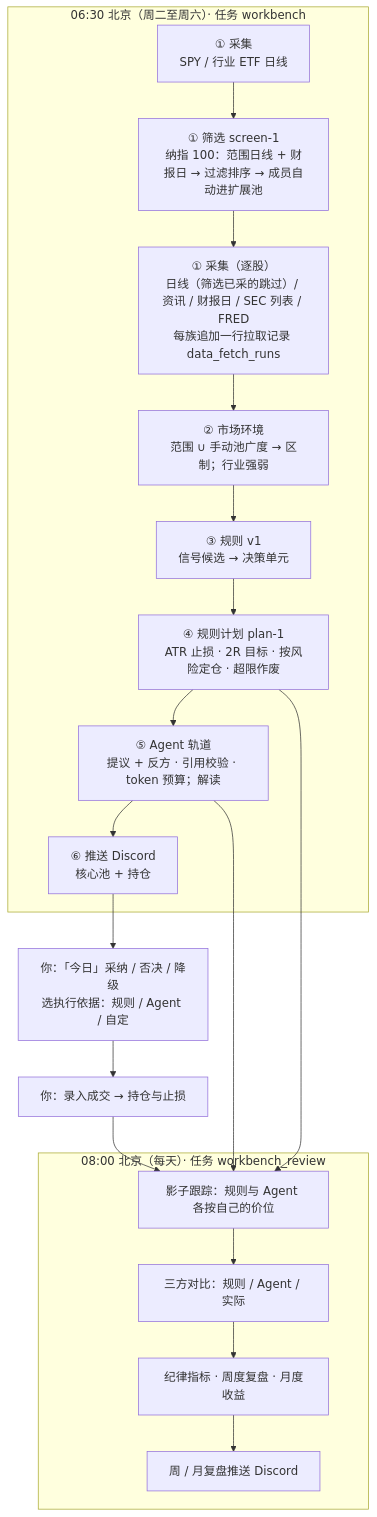
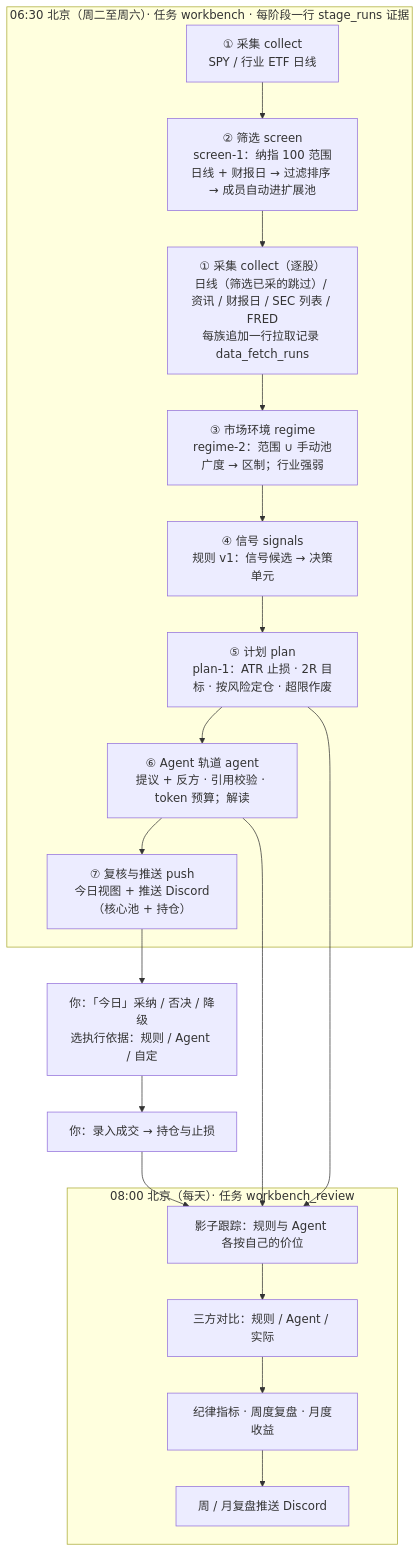
The diagram in docs/architecture.md (jianjustin/investment-assistant), drawn with Mermaid before and after one commit. The commit also changed other lines of this file and 4 other files, not shown here.

````diff
--- a/docs/architecture.md
+++ b/docs/architecture.md
@@ -92,22 +92,22 @@
 ```mermaid
 flowchart TD
-    subgraph batch["06:30 北京（周二至周六）· 任务 workbench"]
-        A["① 采集<br/>SPY / 行业 ETF 日线"] --> A2["① 筛选 screen-1<br/>纳指 100：范围日线 + 财报日 → 过滤排序 → 成员自动进扩展池"]
-        A2 --> B["① 采集（逐股）<br/>日线（筛选已采的跳过）/ 资讯 / 财报日 / SEC 列表 / FRED<br/>每族追加一行拉取记录 data_fetch_runs"]
-        B --> B2["② 市场环境<br/>范围 ∪ 手动池广度 → 区制；行业强弱"]
-        B2 --> C["③ 规则 v1<br/>信号候选 → 决策单元"]
-        C --> D["④ 规则计划 plan-1<br/>ATR 止损 · 2R 目标 · 按风险定仓 · 超限作废"]
-        D --> E["⑤ Agent 轨道<br/>提议 + 反方 · 引用校验 · token 预算；解读"]
-        E --> F["⑥ 推送 Discord<br/>核心池 + 持仓"]
+    subgraph batch["06:30 北京（周二至周六）· 任务 workbench · 每阶段一行 stage_runs 证据"]
+        A["① 采集 collect<br/>SPY / 行业 ETF 日线"] --> A2["② 筛选 screen<br/>screen-1：纳指 100 范围日线 + 财报日 → 过滤排序 → 成员自动进扩展池"]
+        A2 --> B["① 采集 collect（逐股）<br/>日线（筛选已采的跳过）/ 资讯 / 财报日 / SEC 列表 / FRED<br/>每族追加一行拉取记录 data_fetch_runs"]
+        B --> B2["③ 市场环境 regime<br/>regime-2：范围 ∪ 手动池广度 → 区制；行业强弱"]
+        B2 --> C["④ 信号 signals<br/>规则 v1：信号候选 → 决策单元"]
+        C --> D["⑤ 计划 plan<br/>plan-1：ATR 止损 · 2R 目标 · 按风险定仓 · 超限作废"]
+        D --> E["⑥ Agent 轨道 agent<br/>提议 + 反方 · 引用校验 · token 预算；解读"]
+        E --> F["⑦ 复核与推送 push<br/>今日视图 + 推送 Discord（核心池 + 持仓）"]
     end
     F --> G["你：「今日」采纳 / 否决 / 降级<br/>选执行依据：规则 / Agent / 自定"]
     G --> H["你：录入成交 → 持仓与止损"]
     subgraph review["08:00 北京（每天）· 任务 workbench_review"]
         I["影子跟踪：规则与 Agent 各按自己的价位"] --> J["三方对比：规则 / Agent / 实际"]
         J --> K["纪律指标 · 周度复盘 · 月度收益"]
         K --> L["周 / 月复盘推送 Discord"]
     end
     H --> I
     D --> I
     E --> I
 ```
````
